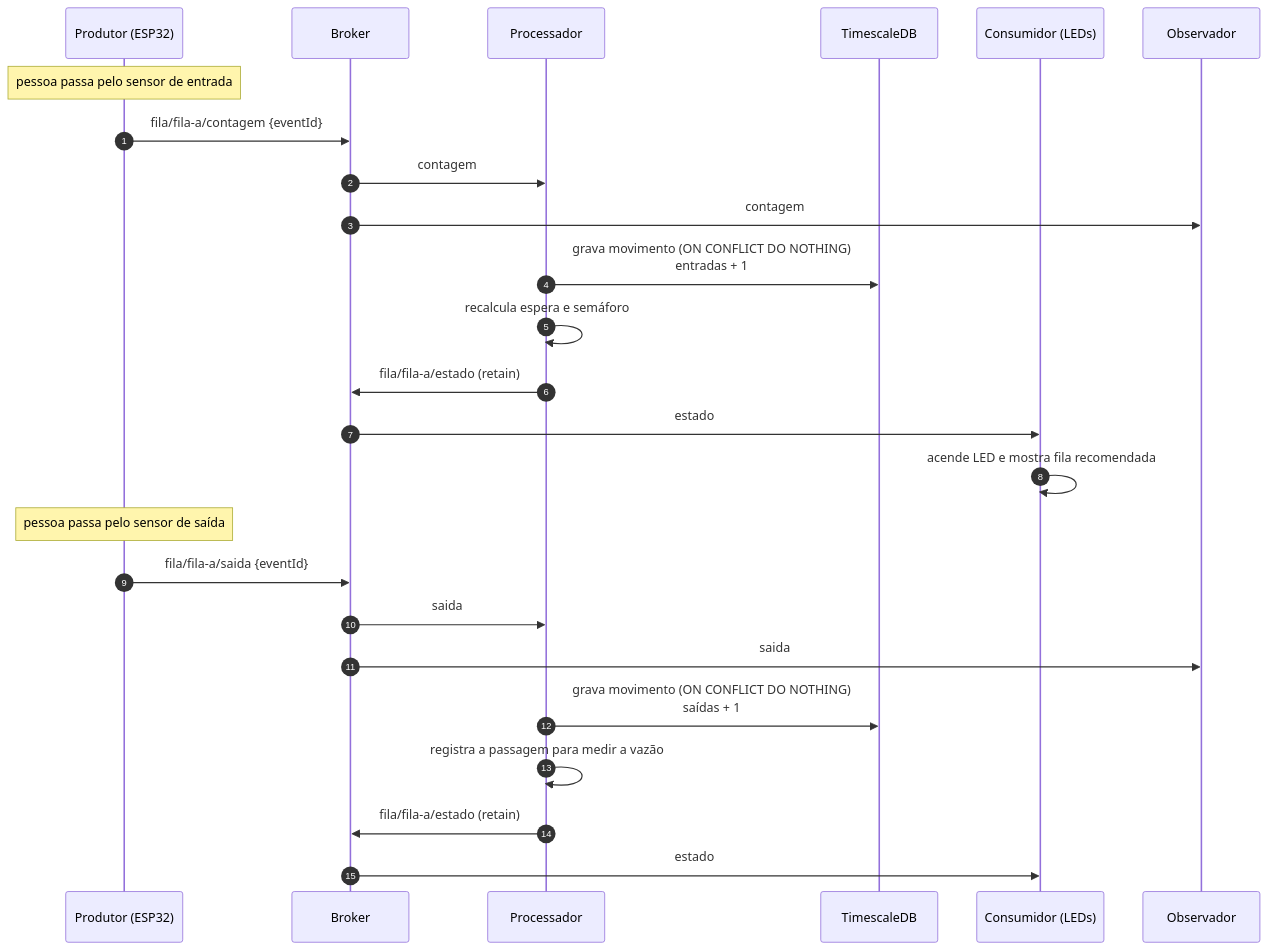
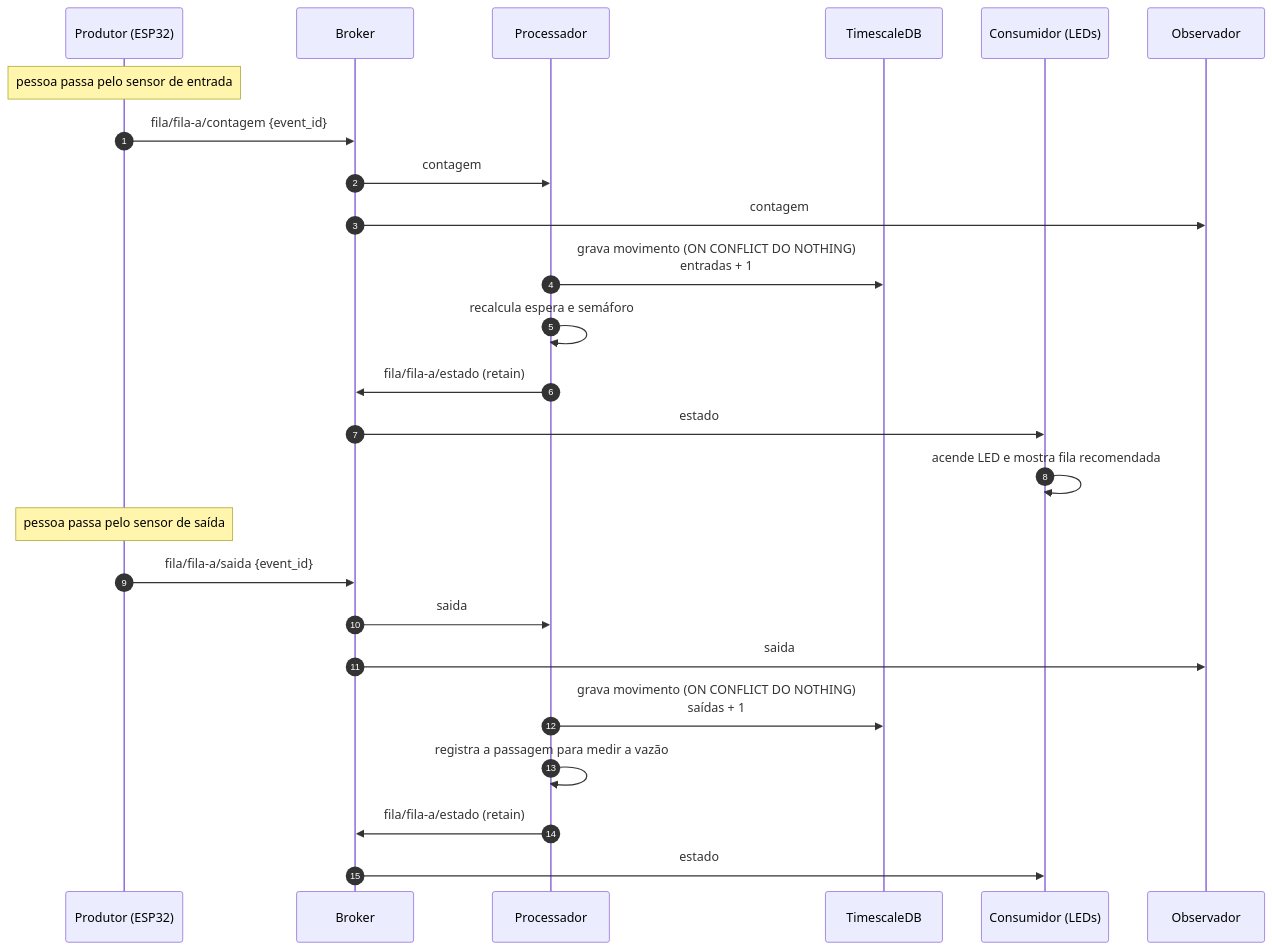
The second of 8 diagrams in docs/ARQUITETURA.md (UFG-INF-SSU-2026/Leite-de-Pedra), drawn with Mermaid before and after one commit. The commit also changed other lines of this file and 1 other file, not shown here.

````diff
--- a/docs/ARQUITETURA.md
+++ b/docs/ARQUITETURA.md
@@ -88,29 +121,29 @@
 ```mermaid
 sequenceDiagram
     autonumber
     participant P as Produtor (ESP32)
     participant B as Broker
     participant C as Processador
     participant DB as TimescaleDB
     participant S as Consumidor (LEDs)
     participant O as Observador
 
     Note over P: pessoa passa pelo sensor de entrada
-    P->>B: fila/fila-a/contagem {eventId}
+    P->>B: fila/fila-a/contagem {event_id}
     B->>C: contagem
     B->>O: contagem
     C->>DB: grava movimento (ON CONFLICT DO NOTHING)<br/>entradas + 1
     C->>C: recalcula espera e semáforo
     C->>B: fila/fila-a/estado (retain)
     B->>S: estado
     S->>S: acende LED e mostra fila recomendada
 
     Note over P: pessoa passa pelo sensor de saída
-    P->>B: fila/fila-a/saida {eventId}
+    P->>B: fila/fila-a/saida {event_id}
     B->>C: saida
     B->>O: saida
     C->>DB: grava movimento (ON CONFLICT DO NOTHING)<br/>saídas + 1
     C->>C: registra a passagem para medir a vazão
     C->>B: fila/fila-a/estado (retain)
     B->>S: estado
 ```
````
